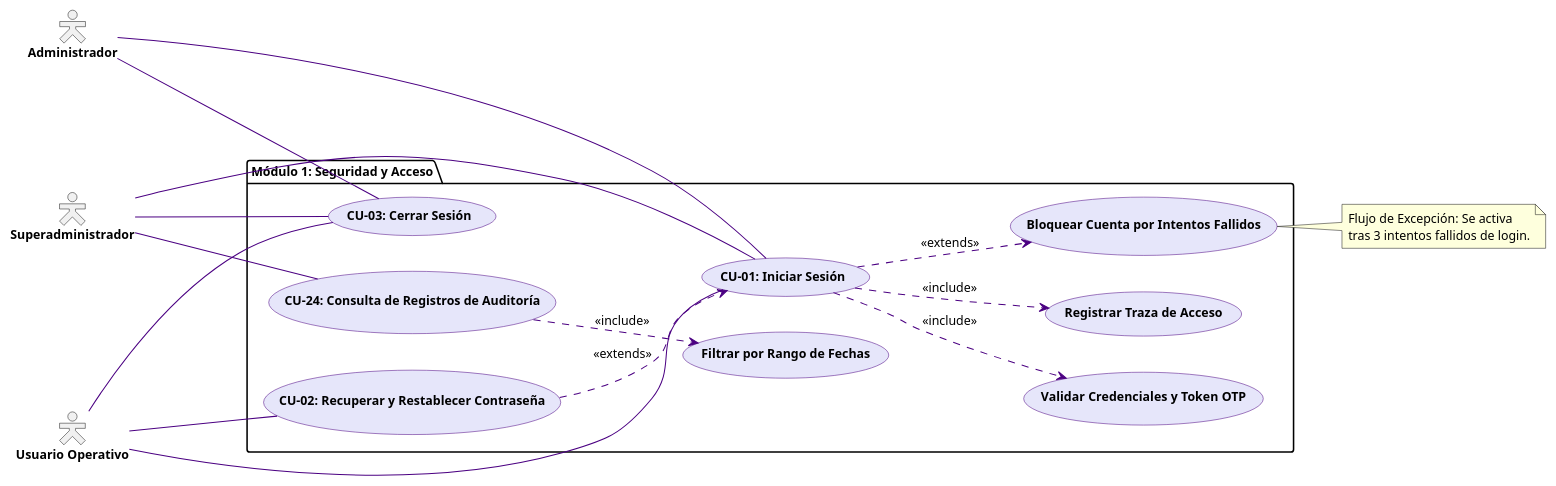
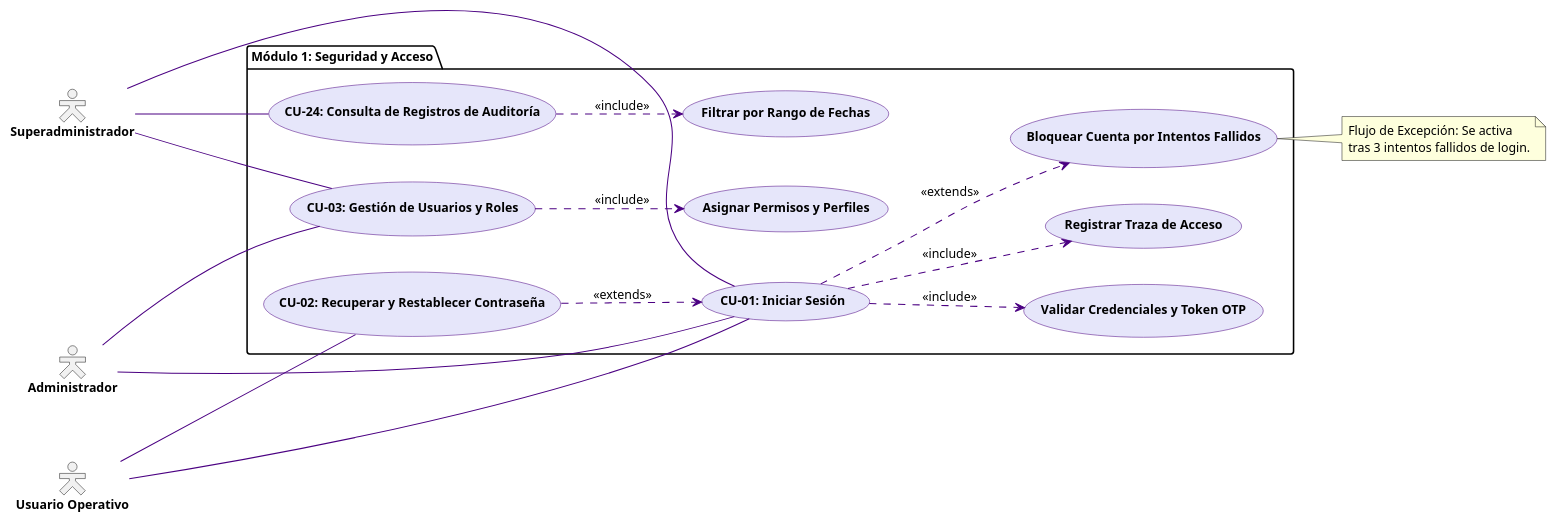
One commit to itsGuty/gatitos changed the diagram in doc/src/diagramas-uml/Modulo1RAS.pu. Above: the diagram before and after it, drawn with PlantUML. The commit also changed 4 other files, not shown here.

First line of the commit message:
UpdatedDiagramsCode

```diff
--- a/doc/src/diagramas-uml/Modulo1RAS.pu
+++ b/doc/src/diagramas-uml/Modulo1RAS.pu
@@ -1,57 +1,58 @@
 @startuml
 skinparam actorStyle hollow
 skinparam defaultFontColor black
 skinparam defaultFontSize 12
 
 skinparam usecase {
   BackgroundColor #E6E6FA
   BorderColor #4B0082
   ArrowColor #4B0082
   FontColor black
   FontStyle bold
 }
 
 skinparam actor {
   FontColor black
   FontStyle bold
 }
 
 left to right direction
 
 actor "Superadministrador" as SuperAdmin
 actor "Administrador" as Admin
 actor "Usuario Operativo" as OpUser
 
 package "Módulo 1: Seguridad y Acceso" {
   usecase "CU-01: Iniciar Sesión" as CU01
   usecase "CU-02: Recuperar y Restablecer Contraseña" as CU02
-  usecase "CU-03: Cerrar Sesión" as CU03
+  usecase "CU-03: Gestión de Usuarios y Roles" as CU03
   usecase "CU-24: Consulta de Registros de Auditoría" as CU24
   
   usecase "Validar Credenciales y Token OTP" as ValidateOTP
   usecase "Registrar Traza de Acceso" as LogAccess
   usecase "Bloquear Cuenta por Intentos Fallidos" as BlockAccount
+  usecase "Asignar Permisos y Perfiles" as AssignRoles
   usecase "Filtrar por Rango de Fechas" as FilterAudit
 }
 
 SuperAdmin --- CU01
 SuperAdmin --- CU03
 SuperAdmin --- CU24
 Admin --- CU01
 Admin --- CU03
 OpUser --- CU01
 OpUser --- CU02
-OpUser --- CU03
 
 CU01 ..> ValidateOTP : <<include>>
 CU01 ..> LogAccess : <<include>>
 CU01 ..> BlockAccount : <<extends>>
 CU02 ..> CU01 : <<extends>>
+CU03 ..> AssignRoles : <<include>>
 CU24 ..> FilterAudit : <<include>>
 
 note right of BlockAccount
   Flujo de Excepción: Se activa
   tras 3 intentos fallidos de login.
 end note
 
 @enduml
```
